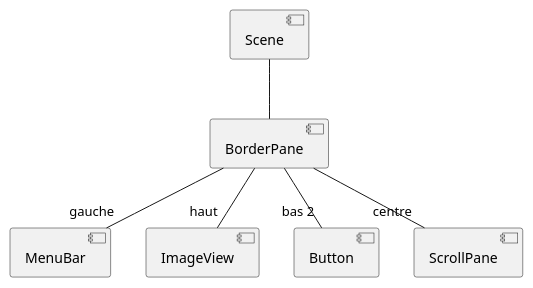
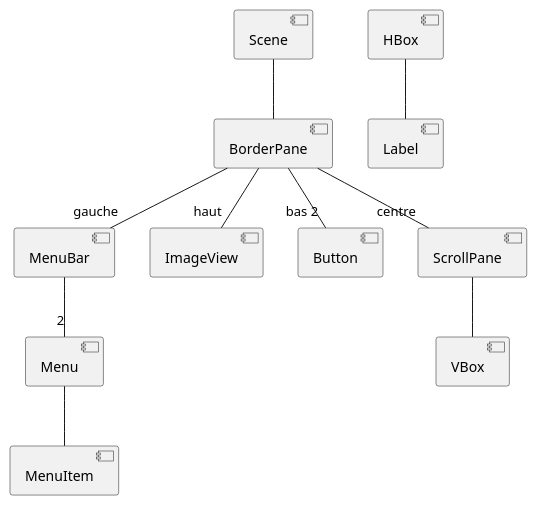
One commit to BapDiedler/collectionSatellite changed the diagram in documentation/diagramme/VueDetailArbCompo.puml. Above: the diagram before and after it, drawn with PlantUML. The commit also changed 2 other files, not shown here.

```diff
--- a/documentation/diagramme/VueDetailArbCompo.puml
+++ b/documentation/diagramme/VueDetailArbCompo.puml
@@ -1,10 +1,15 @@
 @startuml
 'https://plantuml.com/component-diagram
 
 [Scene] -- [BorderPane]
 [BorderPane] --"gauche" [MenuBar]
+[MenuBar] -- "2" [Menu]
+[Menu] -- [MenuItem]
 [BorderPane] --"haut" [ImageView]
 [BorderPane] --"bas 2" [Button]
 [BorderPane] --"centre" [ScrollPane]
+[ScrollPane] -- [VBox]
+[HBox] -- [Label]
+
 
 @enduml
```
